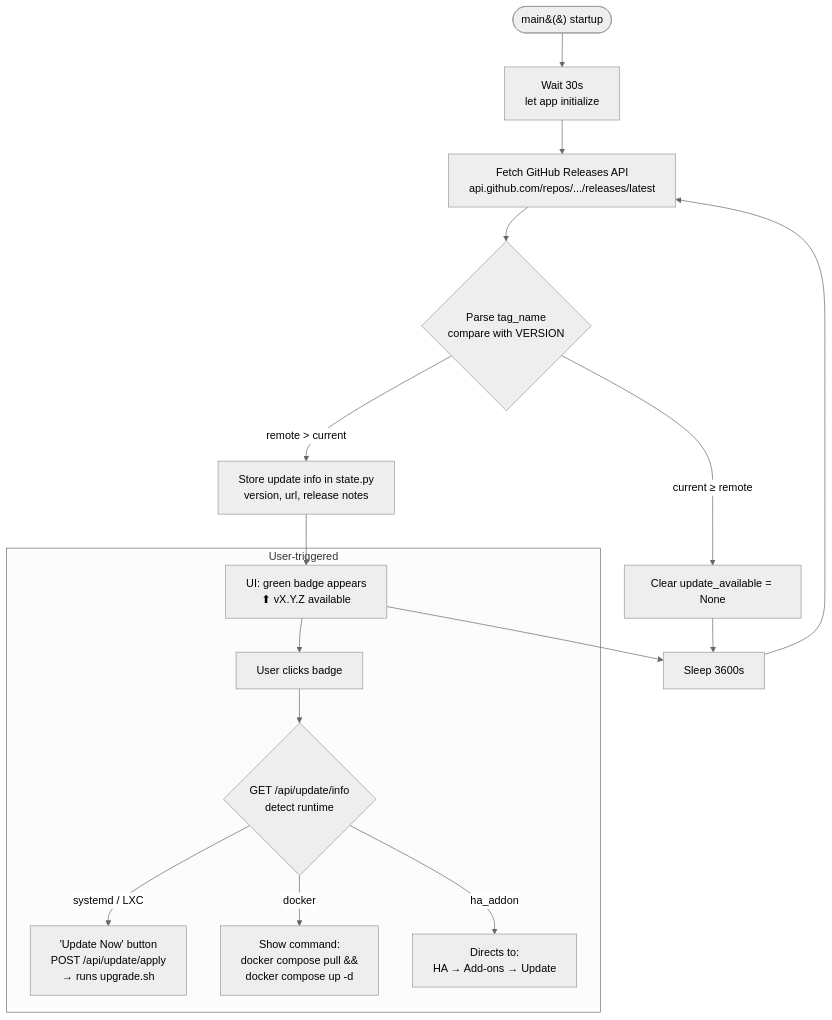
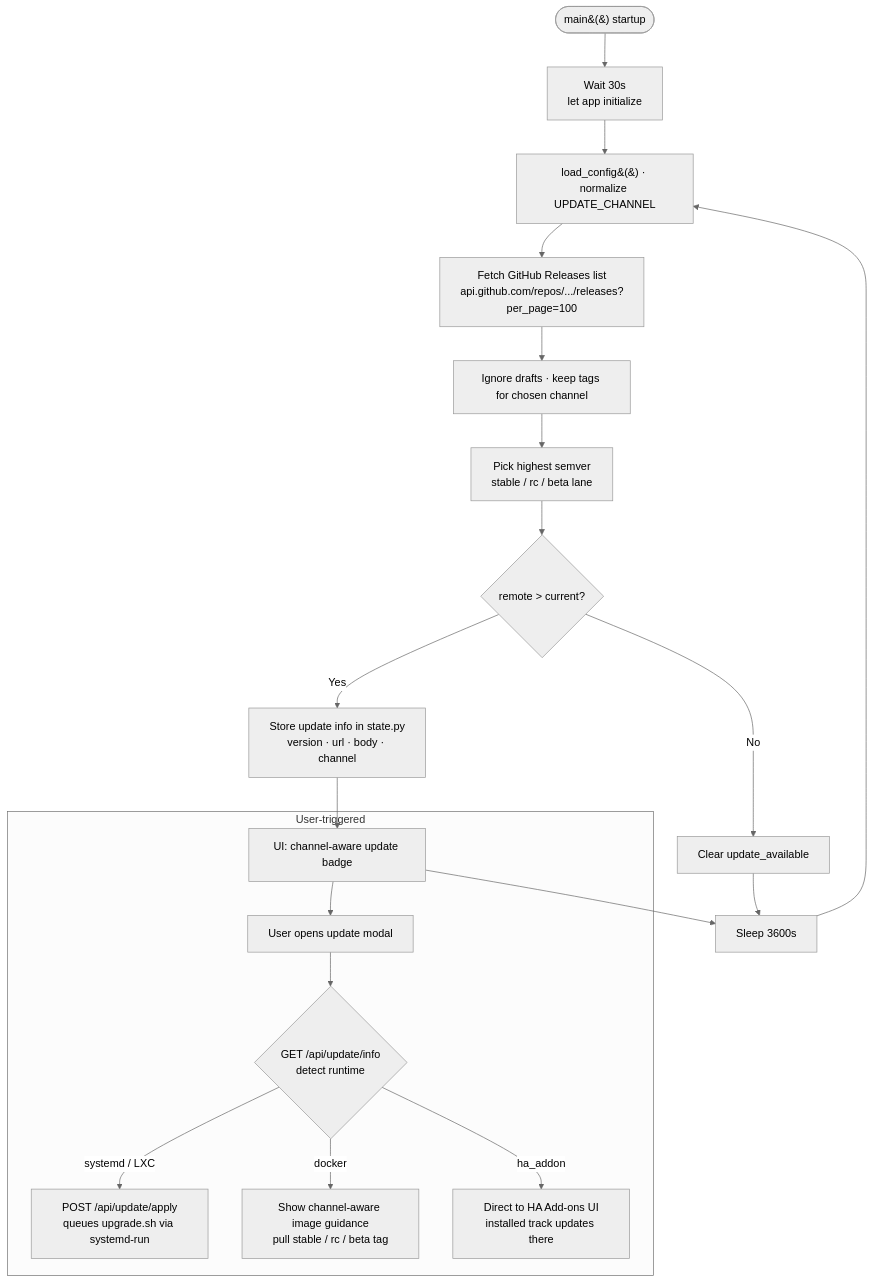
Diagram 24 of 25 in docs-site/src/content/docs/architecture.md (trudenboy/sendspin-bt-bridge), drawn with Mermaid (neutral theme) before and after one commit. The commit also changed other lines of this file and 49 other files, not shown here.

````diff
--- a/docs-site/src/content/docs/architecture.md
+++ b/docs-site/src/content/docs/architecture.md
@@ -960,23 +1002,25 @@
 ```mermaid
 flowchart TD
     START([main&#40;&#41; startup]) --> DELAY[Wait 30s<br/>let app initialize]
-    DELAY --> CHECK[Fetch GitHub Releases API<br/>api.github.com/repos/.../releases/latest]
+    DELAY --> LOADCFG[load_config&#40;&#41; · normalize UPDATE_CHANNEL]
+    LOADCFG --> FETCH[Fetch GitHub Releases list<br/>api.github.com/repos/.../releases?per_page=100]
+    FETCH --> FILTER[Ignore drafts · keep tags for chosen channel]
+    FILTER --> PICK[Pick highest semver<br/>stable / rc / beta lane]
+    PICK --> CMP{remote > current?}
 
-    CHECK --> PARSE{Parse tag_name<br/>compare with VERSION}
-    PARSE -->|remote > current| FOUND[Store update info in state.py<br/>version, url, release notes]
-    PARSE -->|current ≥ remote| CLEAR[Clear update_available = None]
+    CMP -->|Yes| FOUND[Store update info in state.py<br/>version · url · body · channel]
+    CMP -->|No| CLEAR[Clear update_available]
 
-    FOUND --> BADGE[UI: green badge appears<br/>⬆ vX.Y.Z available]
+    FOUND --> BADGE[UI: channel-aware update badge]
     CLEAR --> SLEEP
-
     BADGE --> SLEEP[Sleep 3600s]
-    SLEEP --> CHECK
+    SLEEP --> LOADCFG
 
     subgraph "User-triggered"
-        BADGE --> CLICK[User clicks badge]
+        BADGE --> CLICK[User opens update modal]
         CLICK --> MODAL{GET /api/update/info<br/>detect runtime}
-        MODAL -->|systemd / LXC| LXC_BTN["'Update Now' button<br/>POST /api/update/apply<br/>→ runs upgrade.sh"]
-        MODAL -->|docker| DOCKER_CMD["Show command:<br/>docker compose pull &&<br/>docker compose up -d"]
-        MODAL -->|ha_addon| HA_MSG["Directs to:<br/>HA → Add-ons → Update"]
+        MODAL -->|systemd / LXC| LXC_BTN["POST /api/update/apply<br/>queues upgrade.sh via systemd-run"]
+        MODAL -->|docker| DOCKER_CMD["Show channel-aware image guidance<br/>pull stable / rc / beta tag"]
+        MODAL -->|ha_addon| HA_MSG["Direct to HA Add-ons UI<br/>installed track updates there"]
     end
 ```
````
